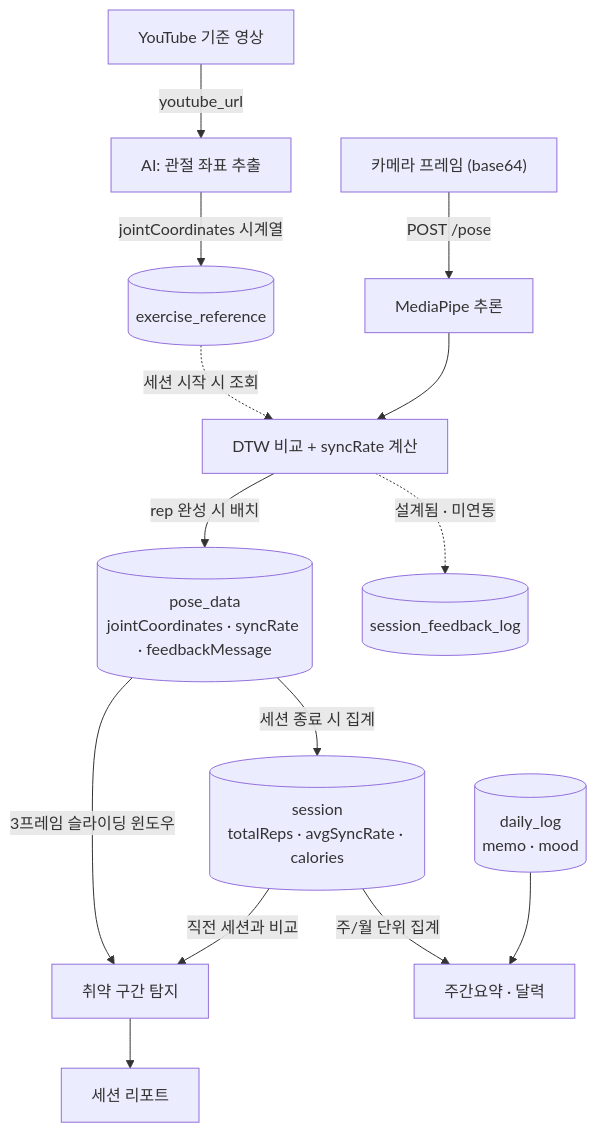
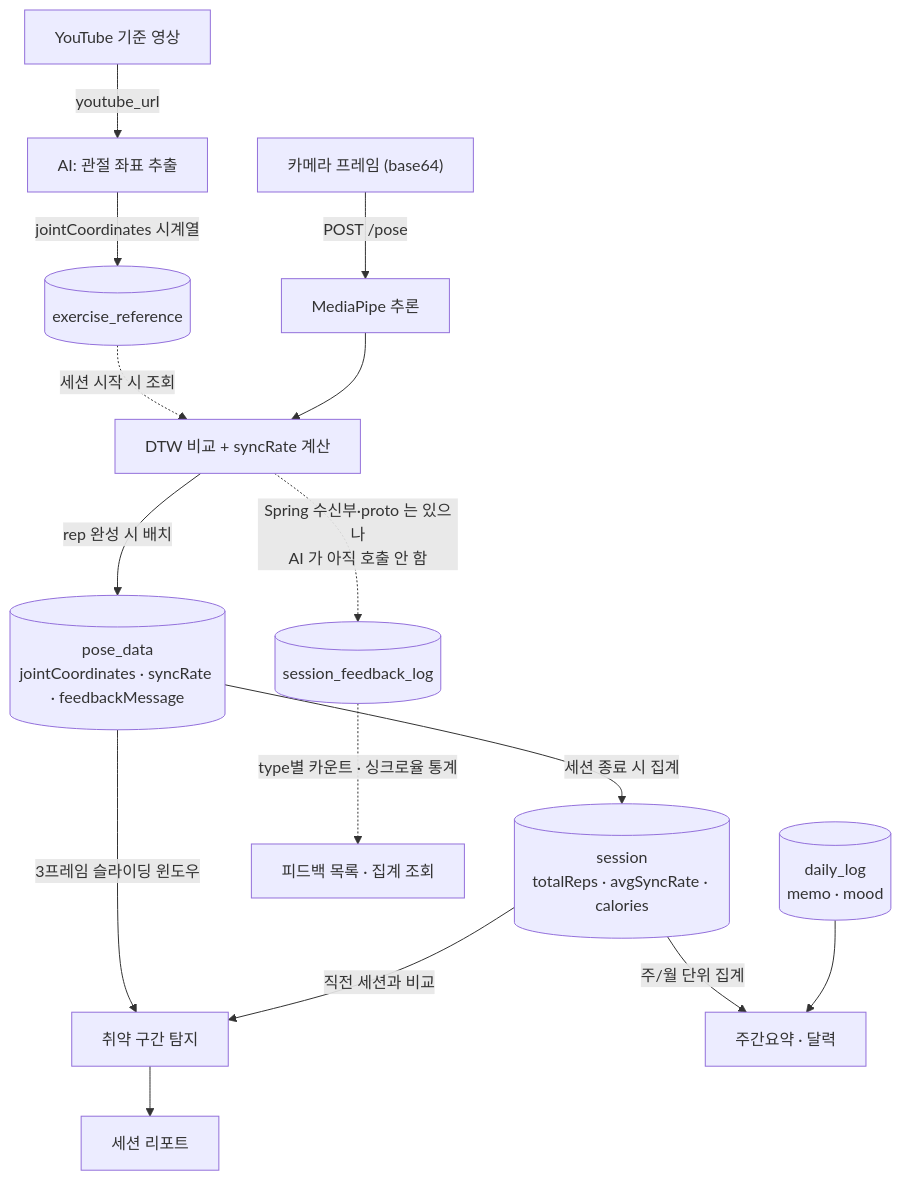
One commit to Shadowfit/backend changed the second of 3 diagrams in README.md. Above: the diagram before and after it, drawn with Mermaid. The commit also changed other lines of this file, not shown here.

````diff
--- a/README.md
+++ b/README.md
@@ -46,19 +52,20 @@
 ```mermaid
 flowchart TD
     YT["YouTube 기준 영상"] -->|"youtube_url"| Extract["AI: 관절 좌표 추출"]
     Extract -->|"jointCoordinates 시계열"| RefDB[("exercise_reference")]
 
     Cam["카메라 프레임 (base64)"] -->|"POST /pose"| MP["MediaPipe 추론"]
     RefDB -.->|"세션 시작 시 조회"| DTW
     MP --> DTW["DTW 비교 + syncRate 계산"]
     DTW -->|"rep 완성 시 배치"| PoseDB[("pose_data<br/>jointCoordinates · syncRate · feedbackMessage")]
-    DTW -.->|"설계됨 · 미연동"| FeedbackDB[("session_feedback_log")]
+    DTW -.->|"Spring 수신부·proto 는 있으나<br/>AI 가 아직 호출 안 함"| FeedbackDB[("session_feedback_log")]
 
     PoseDB -->|"세션 종료 시 집계"| SessionDB[("session<br/>totalReps · avgSyncRate · calories")]
+    FeedbackDB -.->|"type별 카운트 · 싱크로율 통계"| FbApi["피드백 목록 · 집계 조회"]
 
     PoseDB -->|"3프레임 슬라이딩 윈도우"| Weak["취약 구간 탐지"]
     SessionDB -->|"직전 세션과 비교"| Weak
     Weak --> Report["세션 리포트"]
     SessionDB -->|"주/월 단위 집계"| Weekly["주간요약 · 달력"]
     DailyLogDB[("daily_log<br/>memo · mood")] --> Weekly
 ```
````
